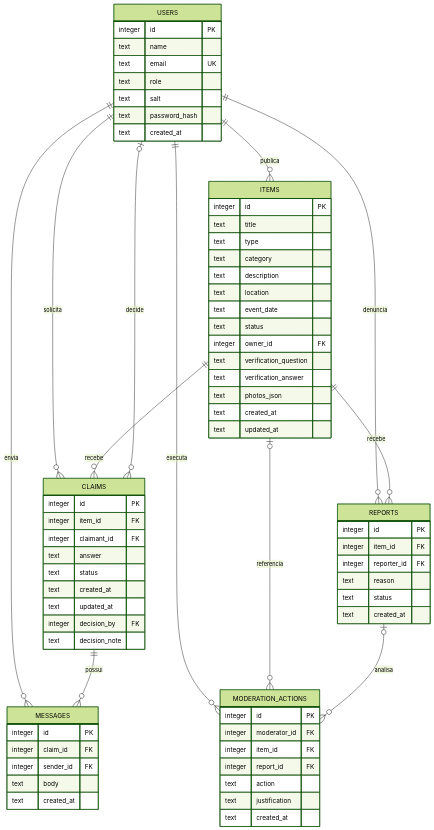
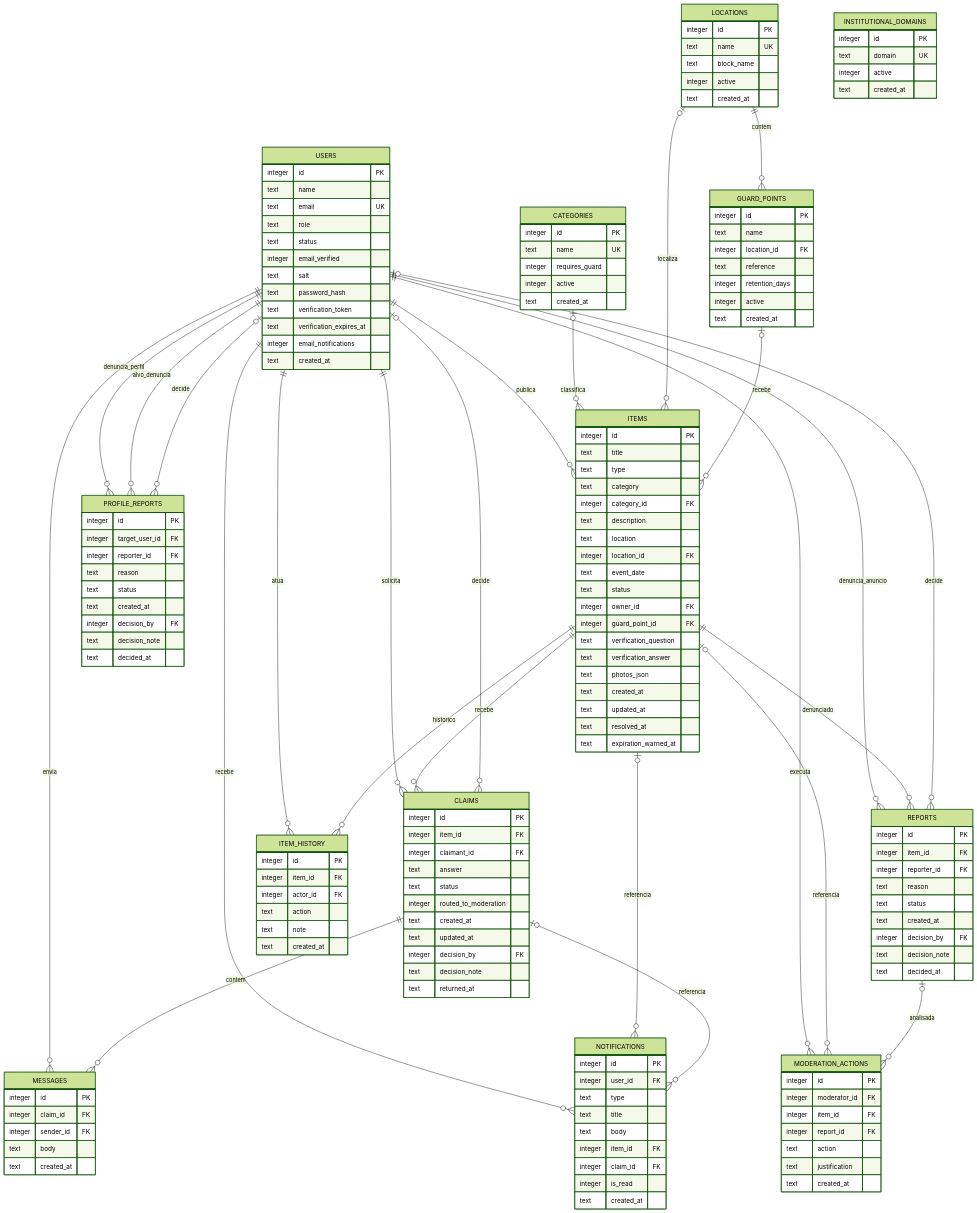
The diagram in docs/Modelagem-de-dados/der.md (BrunoDeud/MVP), drawn with Mermaid (forest theme) before and after one commit. The commit also changed other lines of this file and 15 other files, not shown here.

````diff
--- a/docs/Modelagem-de-dados/der.md
+++ b/docs/Modelagem-de-dados/der.md
@@ -7,22 +7,69 @@
     USERS ||--o{ ITEMS : publica
     USERS ||--o{ CLAIMS : solicita
     ITEMS ||--o{ CLAIMS : recebe
-    USERS ||--o{ REPORTS : denuncia
-    ITEMS ||--o{ REPORTS : recebe
+    USERS ||--o{ REPORTS : denuncia_anuncio
+    ITEMS ||--o{ REPORTS : denunciado
+    USERS ||--o{ PROFILE_REPORTS : denuncia_perfil
+    USERS ||--o{ PROFILE_REPORTS : alvo_denuncia
     USERS ||--o{ MESSAGES : envia
-    CLAIMS ||--o{ MESSAGES : possui
+    CLAIMS ||--o{ MESSAGES : contem
+    USERS ||--o{ NOTIFICATIONS : recebe
+    ITEMS o|--o{ NOTIFICATIONS : referencia
+    CLAIMS o|--o{ NOTIFICATIONS : referencia
     USERS ||--o{ MODERATION_ACTIONS : executa
     ITEMS o|--o{ MODERATION_ACTIONS : referencia
-    REPORTS o|--o{ MODERATION_ACTIONS : analisa
+    REPORTS o|--o{ MODERATION_ACTIONS : analisada
     USERS o|--o{ CLAIMS : decide
+    USERS o|--o{ REPORTS : decide
+    USERS o|--o{ PROFILE_REPORTS : decide
+    USERS ||--o{ ITEM_HISTORY : atua
+    ITEMS ||--o{ ITEM_HISTORY : historico
+    CATEGORIES o|--o{ ITEMS : classifica
+    LOCATIONS o|--o{ ITEMS : localiza
+    LOCATIONS ||--o{ GUARD_POINTS : contem
+    GUARD_POINTS o|--o{ ITEMS : recebe
 
     USERS {
         integer id PK
         text name
         text email UK
         text role
+        text status
+        integer email_verified
         text salt
         text password_hash
+        text verification_token
+        text verification_expires_at
+        integer email_notifications
+        text created_at
+    }
+    INSTITUTIONAL_DOMAINS {
+        integer id PK
+        text domain UK
+        integer active
+        text created_at
+    }
+    CATEGORIES {
+        integer id PK
+        text name UK
+        integer requires_guard
+        integer active
+        text created_at
+    }
+    LOCATIONS {
+        integer id PK
+        text name UK
+        text block_name
+        integer active
+        text created_at
+    }
+    GUARD_POINTS {
+        integer id PK
+        text name
+        integer location_id FK
+        text reference
+        integer retention_days
+        integer active
         text created_at
     }
     ITEMS {
@@ -30,16 +77,21 @@
         text title
         text type
         text category
+        integer category_id FK
         text description
         text location
+        integer location_id FK
         text event_date
         text status
         integer owner_id FK
+        integer guard_point_id FK
         text verification_question
         text verification_answer
         text photos_json
         text created_at
         text updated_at
+        text resolved_at
+        text expiration_warned_at
     }
     CLAIMS {
         integer id PK
@@ -47,10 +99,12 @@
         integer claimant_id FK
         text answer
         text status
+        integer routed_to_moderation
         text created_at
         text updated_at
         integer decision_by FK
         text decision_note
+        text returned_at
     }
     REPORTS {
         integer id PK
@@ -58,6 +112,38 @@
         integer reporter_id FK
         text reason
         text status
+        text created_at
+        integer decision_by FK
+        text decision_note
+        text decided_at
+    }
+    PROFILE_REPORTS {
+        integer id PK
+        integer target_user_id FK
+        integer reporter_id FK
+        text reason
+        text status
+        text created_at
+        integer decision_by FK
+        text decision_note
+        text decided_at
+    }
+    MESSAGES {
+        integer id PK
+        integer claim_id FK
+        integer sender_id FK
+        text body
+        text created_at
+    }
+    NOTIFICATIONS {
+        integer id PK
+        integer user_id FK
+        text type
+        text title
+        text body
+        integer item_id FK
+        integer claim_id FK
+        integer is_read
         text created_at
     }
     MODERATION_ACTIONS {
@@ -69,11 +155,12 @@
         text justification
         text created_at
     }
-    MESSAGES {
+    ITEM_HISTORY {
         integer id PK
-        integer claim_id FK
-        integer sender_id FK
-        text body
+        integer item_id FK
+        integer actor_id FK
+        text action
+        text note
         text created_at
     }
 ```
````
